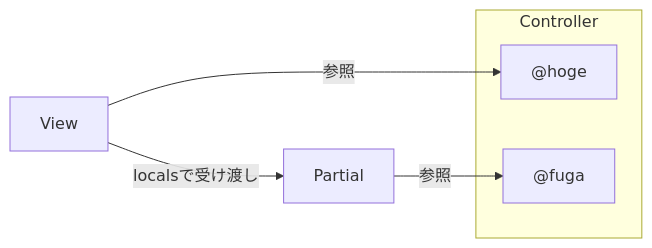
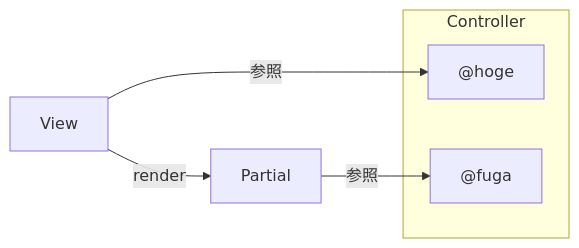
One commit to kuroweb/zenn changed the first of 5 diagrams in articles/viewcomponent-hotwire-tailwindcss.md. Above: the diagram before and after it, drawn with Mermaid. The commit also changed other lines of this file, not shown here.

````diff
--- a/articles/viewcomponent-hotwire-tailwindcss.md
+++ b/articles/viewcomponent-hotwire-tailwindcss.md
@@ -27,15 +27,15 @@
 ```mermaid
 flowchart LR
   subgraph Controller
     value_1["@hoge"]
     value_2["@fuga"]
   end
 
   View
   Partial
   Controller
 
   View --参照-->value_1
-  View --localsで受け渡し-->Partial
+  View --render-->Partial
   Partial --参照-->value_2
 ```
````
